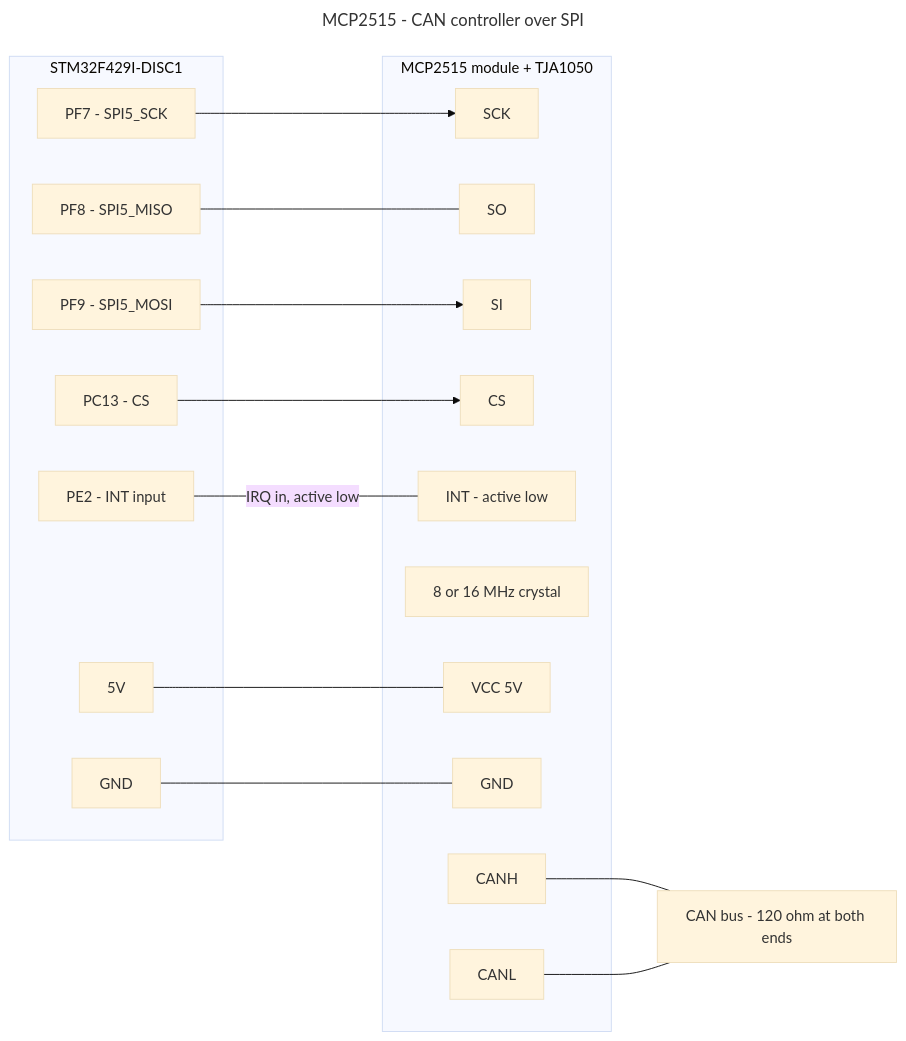
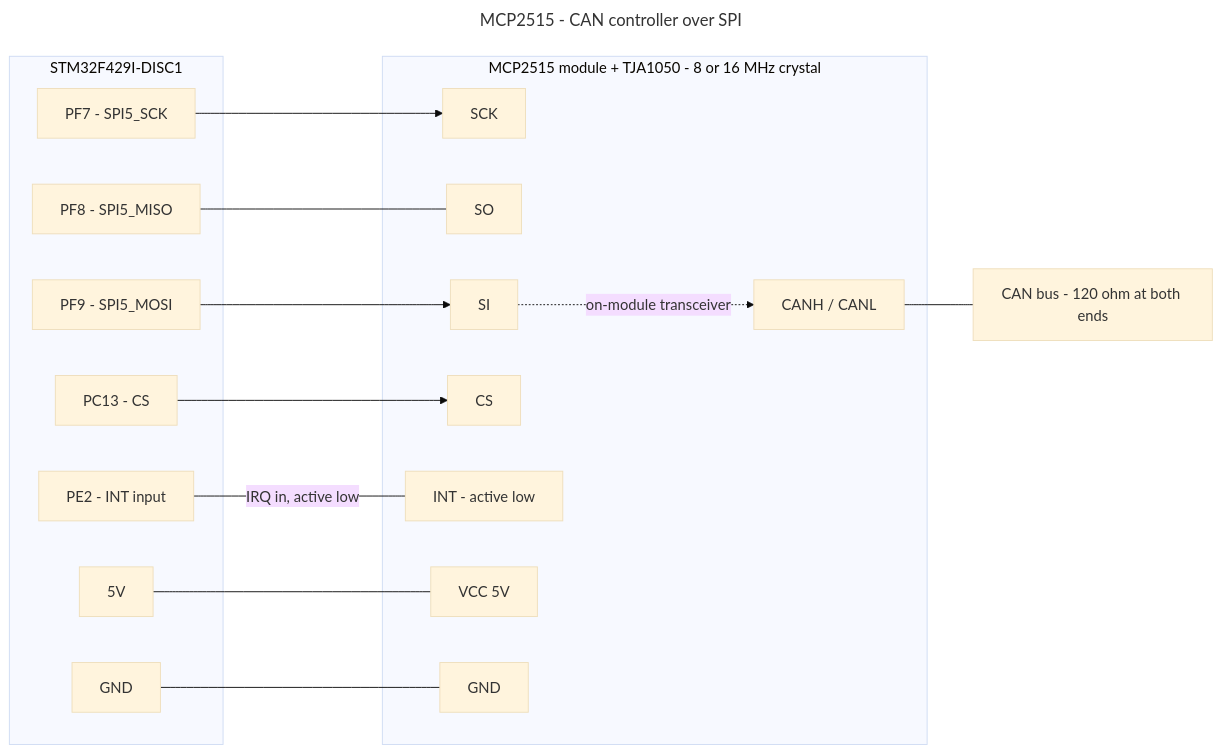
The diagram in Sensor_Cons/Peripherals/MCP2515/mcp2515_wiring.mmd (Ekpenyong-Esu/BareMetalMCU2), drawn with Mermaid (base theme) before and after one commit. The commit also changed 13 other files, not shown here.

```diff
--- a/Sensor_Cons/Peripherals/MCP2515/mcp2515_wiring.mmd
+++ b/Sensor_Cons/Peripherals/MCP2515/mcp2515_wiring.mmd
@@ -1,47 +1,45 @@
 ---
 title: MCP2515 - CAN controller over SPI
 ---
 %% NO DOCUMENTED PINS - the driver takes an SPI bus plus a CS pin.
 %% SPI5 (PF7/PF8/PF9) is the bus already wired on this board; CS and INT use
 %% free pins from project.ioc.
 %% This part exists in the repo because bxCAN's pins clash with the LCD - the
 %% MCP2515 needs only SPI plus two spare GPIO.
 %% The MCP2515 still needs a transceiver; most modules include an TJA1050 or
 %% MCP2551, which are 5 V parts - check your module's logic levels.
 %% Tell the driver the crystal frequency: 8 MHz and 16 MHz need different
 %% bit-timing registers.
 flowchart LR
     subgraph MCU["STM32F429I-DISC1"]
         SCK["PF7 - SPI5_SCK"]
         MISO["PF8 - SPI5_MISO"]
         MOSI["PF9 - SPI5_MOSI"]
         CS["PC13 - CS"]
         INT["PE2 - INT input"]
         V5["5V"]
         GND["GND"]
     end
 
-    subgraph MOD["MCP2515 module + TJA1050"]
+    subgraph MOD["MCP2515 module + TJA1050 - 8 or 16 MHz crystal"]
         mSCK["SCK"]
         mSO["SO"]
         mSI["SI"]
         mCS["CS"]
         mINT["INT - active low"]
-        mXTAL["8 or 16 MHz crystal"]
         mV["VCC 5V"]
         mG["GND"]
-        mH["CANH"]
-        mL["CANL"]
+        mBUS["CANH / CANL"]
     end
 
     BUS["CAN bus - 120 ohm at both ends"]
 
     SCK --> mSCK
     MOSI --> mSI
     MISO --- mSO
     CS --> mCS
     INT ---|"IRQ in, active low"| mINT
     V5 --- mV
     GND --- mG
-    mH --- BUS
-    mL --- BUS
+    mSI -.->|"on-module transceiver"| mBUS
+    mBUS --- BUS
```
